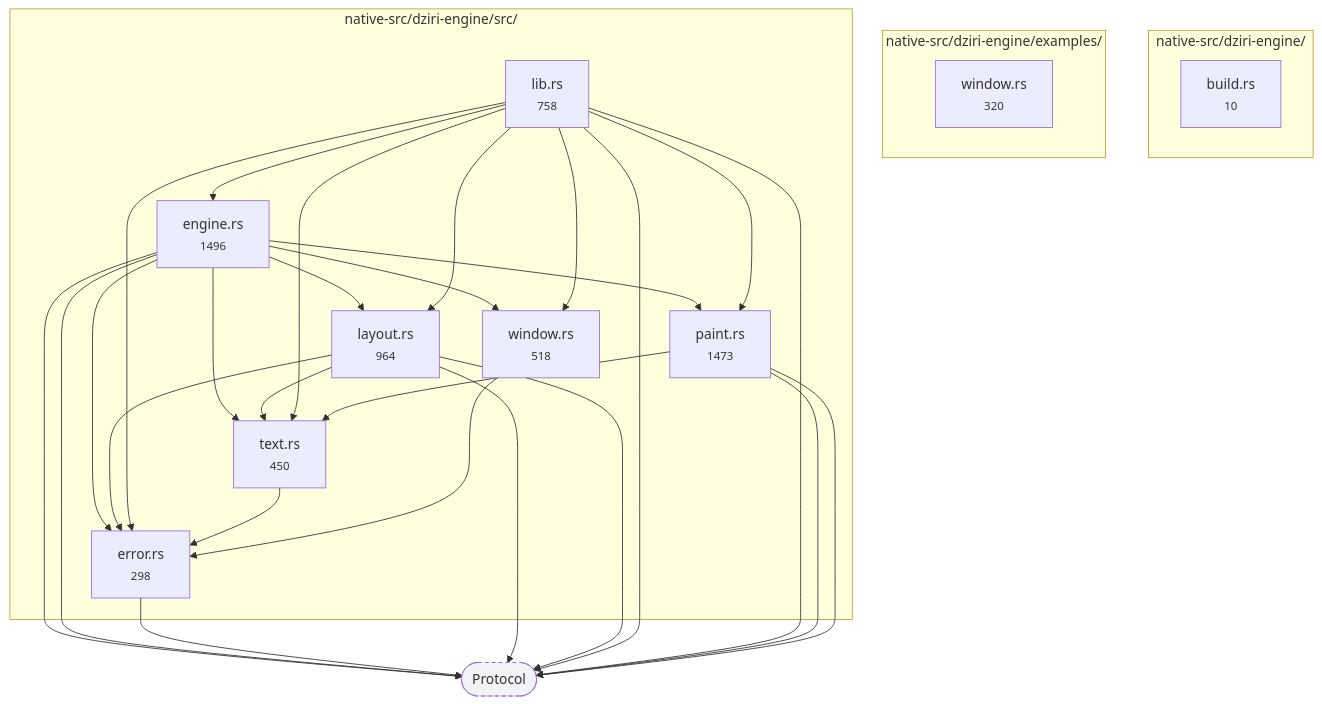
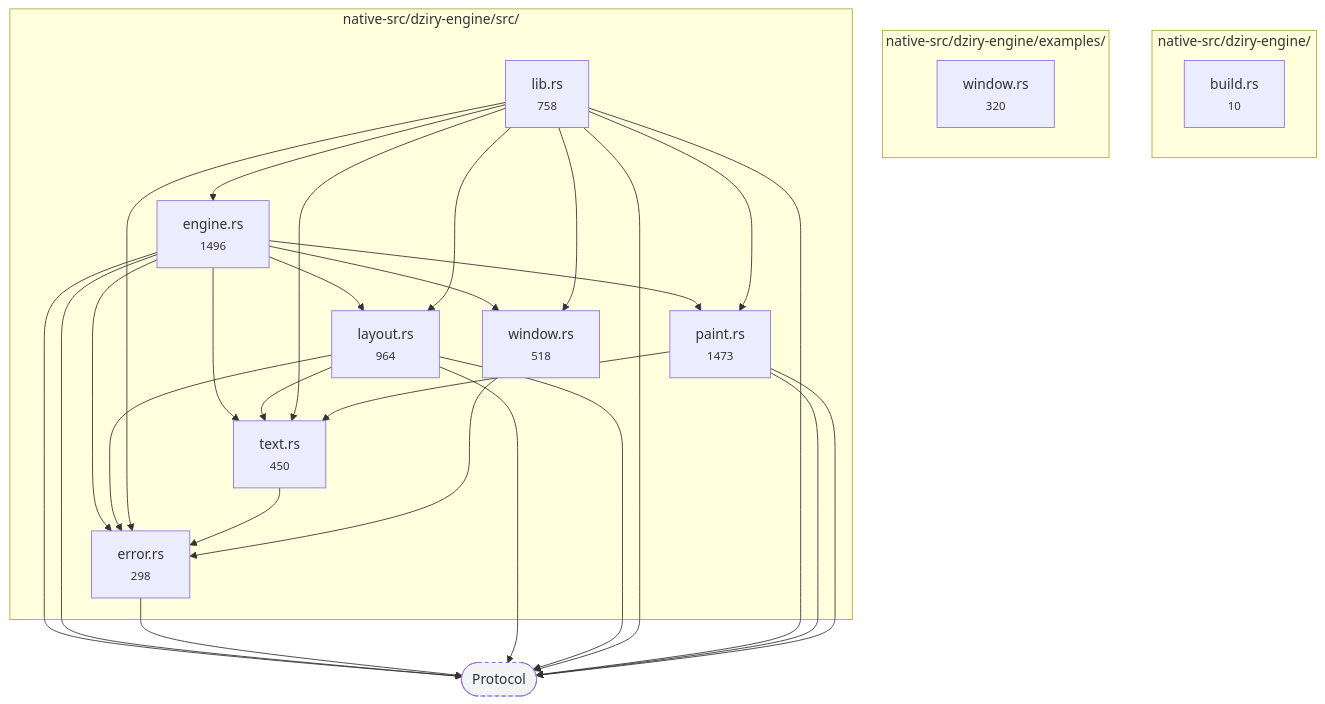
One commit to dziry-dev/dziry changed the eighth of 9 diagrams in diagrams/05-modules.md. Above: the diagram before and after it, drawn with Mermaid. The commit also changed other lines of this file and 335 other files, not shown here.

````diff
--- a/diagrams/05-modules.md
+++ b/diagrams/05-modules.md
@@ -368,47 +368,47 @@
 ```mermaid
 flowchart TD
-  subgraph native_src_dziri_engine["native-src/dziri-engine/"]
-    native_src_dziri_engine_build_rs["build.rs<br/><small>10</small>"]
+  subgraph native_src_dziry_engine["native-src/dziry-engine/"]
+    native_src_dziry_engine_build_rs["build.rs<br/><small>10</small>"]
   end
-  subgraph native_src_dziri_engine_examples["native-src/dziri-engine/examples/"]
-    native_src_dziri_engine_examples_window_rs["window.rs<br/><small>320</small>"]
+  subgraph native_src_dziry_engine_examples["native-src/dziry-engine/examples/"]
+    native_src_dziry_engine_examples_window_rs["window.rs<br/><small>320</small>"]
   end
-  subgraph native_src_dziri_engine_src["native-src/dziri-engine/src/"]
-    native_src_dziri_engine_src_engine_rs["engine.rs<br/><small>1496</small>"]
-    native_src_dziri_engine_src_error_rs["error.rs<br/><small>298</small>"]
-    native_src_dziri_engine_src_layout_rs["layout.rs<br/><small>964</small>"]
-    native_src_dziri_engine_src_lib_rs["lib.rs<br/><small>758</small>"]
-    native_src_dziri_engine_src_paint_rs["paint.rs<br/><small>1473</small>"]
-    native_src_dziri_engine_src_text_rs["text.rs<br/><small>450</small>"]
-    native_src_dziri_engine_src_window_rs["window.rs<br/><small>518</small>"]
+  subgraph native_src_dziry_engine_src["native-src/dziry-engine/src/"]
+    native_src_dziry_engine_src_engine_rs["engine.rs<br/><small>1496</small>"]
+    native_src_dziry_engine_src_error_rs["error.rs<br/><small>298</small>"]
+    native_src_dziry_engine_src_layout_rs["layout.rs<br/><small>964</small>"]
+    native_src_dziry_engine_src_lib_rs["lib.rs<br/><small>758</small>"]
+    native_src_dziry_engine_src_paint_rs["paint.rs<br/><small>1473</small>"]
+    native_src_dziry_engine_src_text_rs["text.rs<br/><small>450</small>"]
+    native_src_dziry_engine_src_window_rs["window.rs<br/><small>518</small>"]
   end
 
-  native_src_dziri_engine_src_engine_rs --> native_src_dziri_engine_src_error_rs
-  native_src_dziri_engine_src_engine_rs --> native_src_dziri_engine_src_layout_rs
-  native_src_dziri_engine_src_engine_rs --> native_src_dziri_engine_src_paint_rs
-  native_src_dziri_engine_src_engine_rs --> native_src_dziri_engine_src_text_rs
-  native_src_dziri_engine_src_engine_rs --> native_src_dziri_engine_src_window_rs
-  native_src_dziri_engine_src_layout_rs --> native_src_dziri_engine_src_error_rs
-  native_src_dziri_engine_src_layout_rs --> native_src_dziri_engine_src_text_rs
-  native_src_dziri_engine_src_lib_rs --> native_src_dziri_engine_src_engine_rs
-  native_src_dziri_engine_src_lib_rs --> native_src_dziri_engine_src_error_rs
-  native_src_dziri_engine_src_lib_rs --> native_src_dziri_engine_src_layout_rs
-  native_src_dziri_engine_src_lib_rs --> native_src_dziri_engine_src_paint_rs
-  native_src_dziri_engine_src_lib_rs --> native_src_dziri_engine_src_text_rs
-  native_src_dziri_engine_src_lib_rs --> native_src_dziri_engine_src_window_rs
-  native_src_dziri_engine_src_paint_rs --> native_src_dziri_engine_src_text_rs
-  native_src_dziri_engine_src_text_rs --> native_src_dziri_engine_src_error_rs
-  native_src_dziri_engine_src_window_rs --> native_src_dziri_engine_src_error_rs
+  native_src_dziry_engine_src_engine_rs --> native_src_dziry_engine_src_error_rs
+  native_src_dziry_engine_src_engine_rs --> native_src_dziry_engine_src_layout_rs
+  native_src_dziry_engine_src_engine_rs --> native_src_dziry_engine_src_paint_rs
+  native_src_dziry_engine_src_engine_rs --> native_src_dziry_engine_src_text_rs
+  native_src_dziry_engine_src_engine_rs --> native_src_dziry_engine_src_window_rs
+  native_src_dziry_engine_src_layout_rs --> native_src_dziry_engine_src_error_rs
+  native_src_dziry_engine_src_layout_rs --> native_src_dziry_engine_src_text_rs
+  native_src_dziry_engine_src_lib_rs --> native_src_dziry_engine_src_engine_rs
+  native_src_dziry_engine_src_lib_rs --> native_src_dziry_engine_src_error_rs
+  native_src_dziry_engine_src_lib_rs --> native_src_dziry_engine_src_layout_rs
+  native_src_dziry_engine_src_lib_rs --> native_src_dziry_engine_src_paint_rs
+  native_src_dziry_engine_src_lib_rs --> native_src_dziry_engine_src_text_rs
+  native_src_dziry_engine_src_lib_rs --> native_src_dziry_engine_src_window_rs
+  native_src_dziry_engine_src_paint_rs --> native_src_dziry_engine_src_text_rs
+  native_src_dziry_engine_src_text_rs --> native_src_dziry_engine_src_error_rs
+  native_src_dziry_engine_src_window_rs --> native_src_dziry_engine_src_error_rs
 
   ext_protocol(["Protocol"])
   style ext_protocol fill:#f1f3f4,stroke-dasharray: 4 4
-  native_src_dziri_engine_src_engine_rs --> ext_protocol
-  native_src_dziri_engine_src_engine_rs --> ext_protocol
-  native_src_dziri_engine_src_error_rs --> ext_protocol
-  native_src_dziri_engine_src_layout_rs --> ext_protocol
-  native_src_dziri_engine_src_layout_rs --> ext_protocol
-  native_src_dziri_engine_src_lib_rs --> ext_protocol
-  native_src_dziri_engine_src_lib_rs --> ext_protocol
-  native_src_dziri_engine_src_paint_rs --> ext_protocol
-  native_src_dziri_engine_src_paint_rs --> ext_protocol
+  native_src_dziry_engine_src_engine_rs --> ext_protocol
+  native_src_dziry_engine_src_engine_rs --> ext_protocol
+  native_src_dziry_engine_src_error_rs --> ext_protocol
+  native_src_dziry_engine_src_layout_rs --> ext_protocol
+  native_src_dziry_engine_src_layout_rs --> ext_protocol
+  native_src_dziry_engine_src_lib_rs --> ext_protocol
+  native_src_dziry_engine_src_lib_rs --> ext_protocol
+  native_src_dziry_engine_src_paint_rs --> ext_protocol
+  native_src_dziry_engine_src_paint_rs --> ext_protocol
 ```
````
